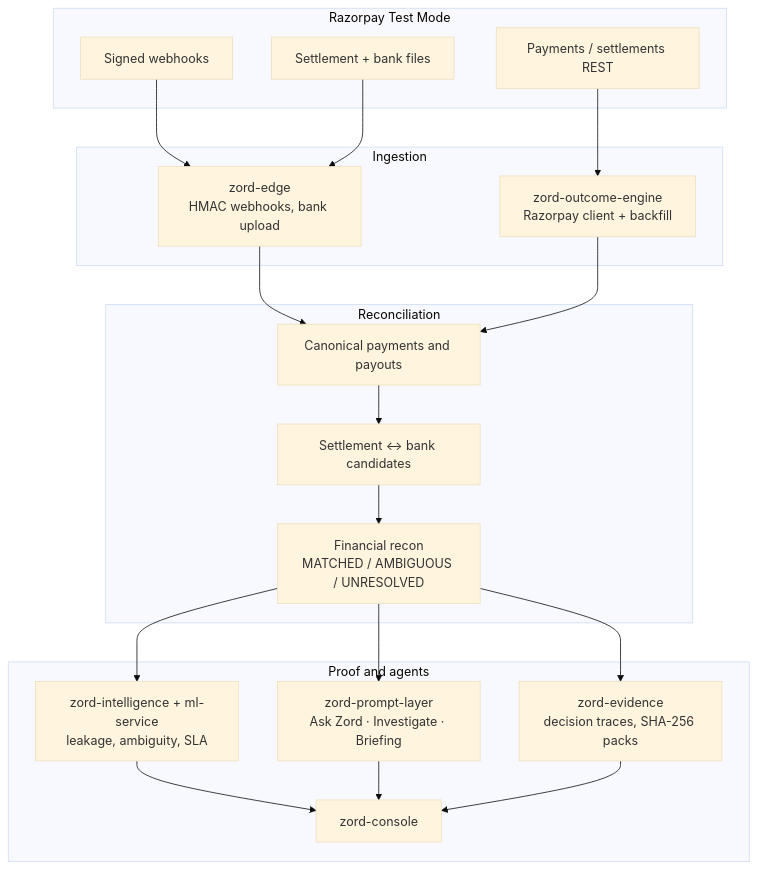
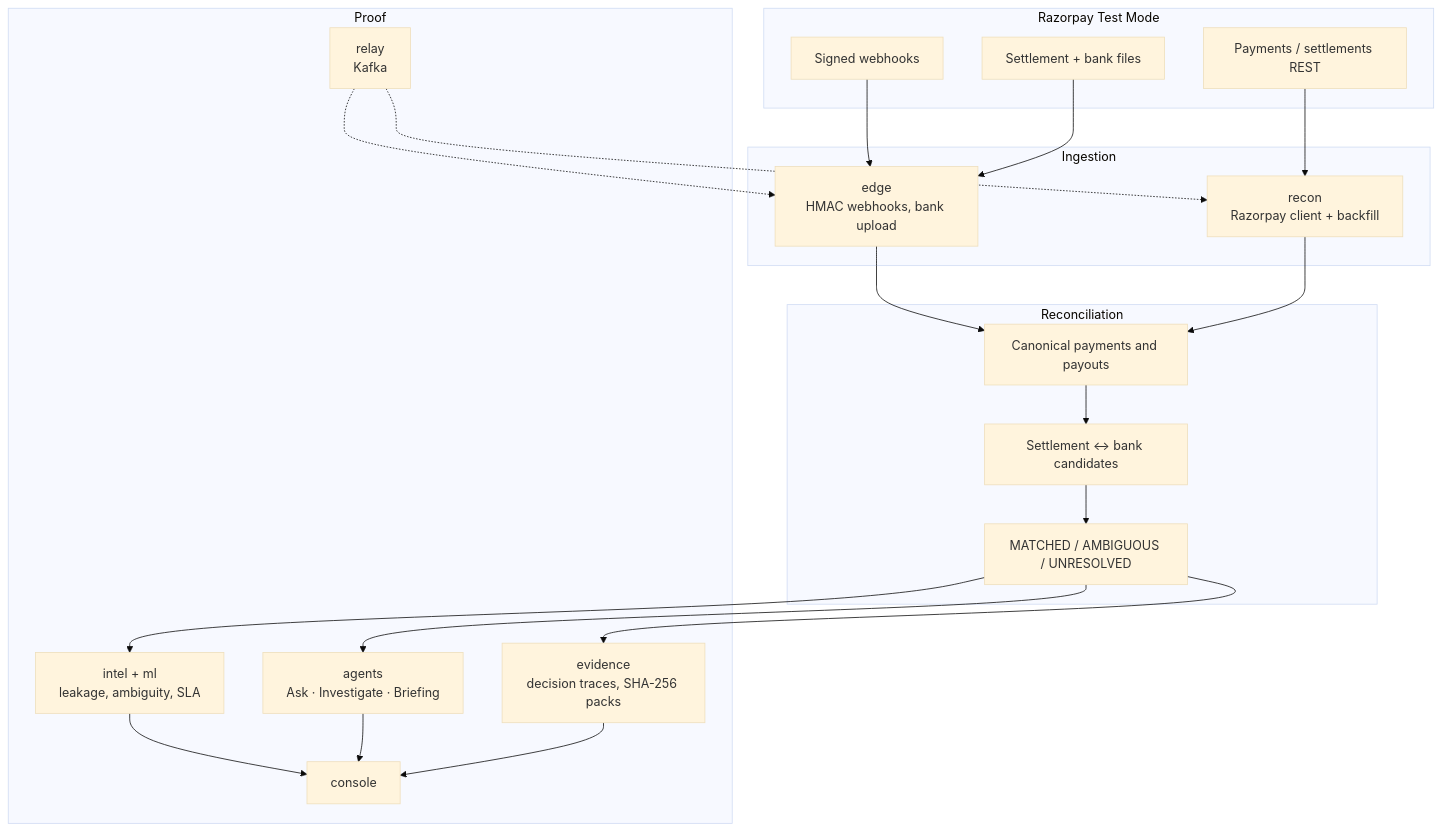
Before and after one commit to swaroopt14/razorpay-reconciliation: the diagram in README.md, drawn with Mermaid (base theme). The commit also changed other lines of this file and 3 other files, not shown here.

````diff
--- a/README.md
+++ b/README.md
@@ -56,40 +58,43 @@
 ```mermaid
 flowchart TB
     subgraph razorpay [Razorpay Test Mode]
         API["Payments / settlements REST"]
         WH["Signed webhooks"]
         Files["Settlement + bank files"]
     end
 
     subgraph ingest [Ingestion]
-        Edge["zord-edge<br/>HMAC webhooks, bank upload"]
-        OutcomePoll["zord-outcome-engine<br/>Razorpay client + backfill"]
+        Edge["edge<br/>HMAC webhooks, bank upload"]
+        ReconIn["recon<br/>Razorpay client + backfill"]
     end
 
-    subgraph recon [Reconciliation]
+    subgraph match [Reconciliation]
         Canonical["Canonical payments and payouts"]
         SettleBank["Settlement ↔ bank candidates"]
-        Finance["Financial recon<br/>MATCHED / AMBIGUOUS / UNRESOLVED"]
+        Finance["MATCHED / AMBIGUOUS / UNRESOLVED"]
     end
 
-    subgraph prove [Proof and agents]
-        Evidence["zord-evidence<br/>decision traces, SHA-256 packs"]
-        Prompt["zord-prompt-layer<br/>Ask Zord · Investigate · Briefing"]
-        Intel["zord-intelligence + ml-service<br/>leakage, ambiguity, SLA"]
-        Console["zord-console"]
+    subgraph prove [Proof]
+        Evidence["evidence<br/>decision traces, SHA-256 packs"]
+        Agents["agents<br/>Ask · Investigate · Briefing"]
+        Intel["intel + ml<br/>leakage, ambiguity, SLA"]
+        Console["console"]
+        Relay["relay<br/>Kafka"]
     end
 
-    API --> OutcomePoll
+    API --> ReconIn
     WH --> Edge
     Files --> Edge
     Edge --> Canonical
-    OutcomePoll --> Canonical
+    ReconIn --> Canonical
     Canonical --> SettleBank
     SettleBank --> Finance
     Finance --> Evidence
-    Finance --> Prompt
+    Finance --> Agents
     Finance --> Intel
     Intel --> Console
-    Prompt --> Console
+    Agents --> Console
     Evidence --> Console
+    Relay -.-> Edge
+    Relay -.-> ReconIn
 ```
````
